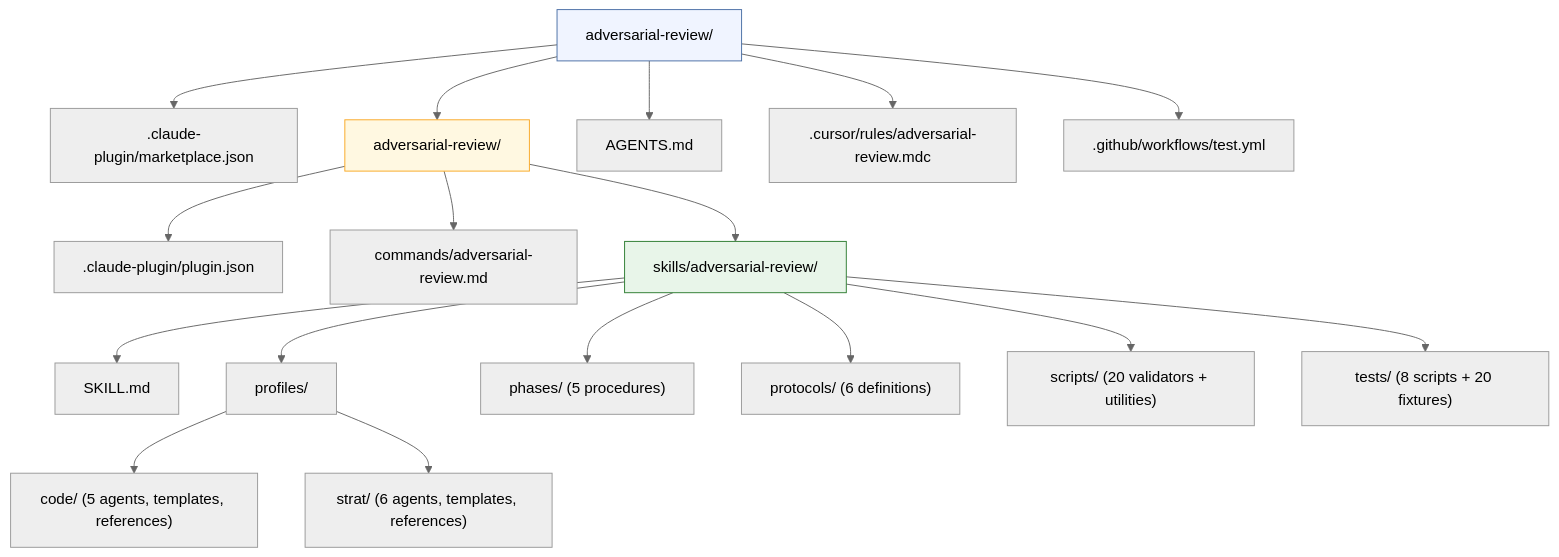
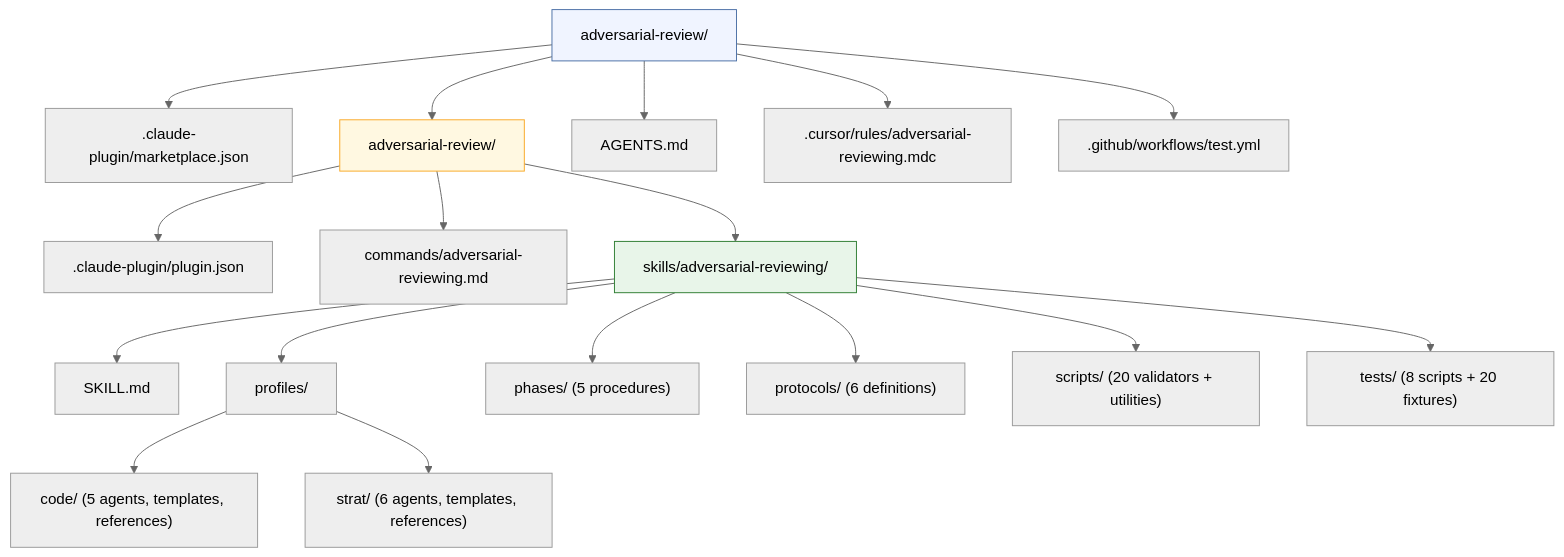
One commit to ugiordan/adversarial-reviewing changed the sixth of 6 diagrams in README.md. Above: the diagram before and after it, drawn with Mermaid (neutral theme). The commit also changed other lines of this file and 39 other files, not shown here.

First line of the commit message:
refactor: rename repo and all references from adversarial-review to adversarial-reviewing

````diff
--- a/README.md
+++ b/README.md
@@ -438,25 +438,25 @@
 ```mermaid
 graph TD
     ROOT["adversarial-review/"] --> MP[".claude-plugin/marketplace.json"]
     ROOT --> PLUGIN["adversarial-review/"]
     ROOT --> AGENTS["AGENTS.md"]
-    ROOT --> CURSOR[".cursor/rules/adversarial-review.mdc"]
+    ROOT --> CURSOR[".cursor/rules/adversarial-reviewing.mdc"]
     ROOT --> CI[".github/workflows/test.yml"]
 
     PLUGIN --> PP[".claude-plugin/plugin.json"]
-    PLUGIN --> CMD["commands/adversarial-review.md"]
-    PLUGIN --> SKILL["skills/adversarial-review/"]
+    PLUGIN --> CMD["commands/adversarial-reviewing.md"]
+    PLUGIN --> SKILL["skills/adversarial-reviewing/"]
 
     SKILL --> SKILLMD["SKILL.md"]
     SKILL --> PROF["profiles/"]
     PROF --> CODE_P["code/ (5 agents, templates, references)"]
     PROF --> STRAT_P["strat/ (6 agents, templates, references)"]
     SKILL --> PH["phases/ (5 procedures)"]
     SKILL --> PR["protocols/ (6 definitions)"]
     SKILL --> SC["scripts/ (20 validators + utilities)"]
     SKILL --> TS["tests/ (8 scripts + 20 fixtures)"]
 
     style ROOT fill:#f0f4ff,stroke:#4a6fa5
     style SKILL fill:#e8f5e9,stroke:#2e7d32
     style PLUGIN fill:#fff8e1,stroke:#f9a825
 ```
````
